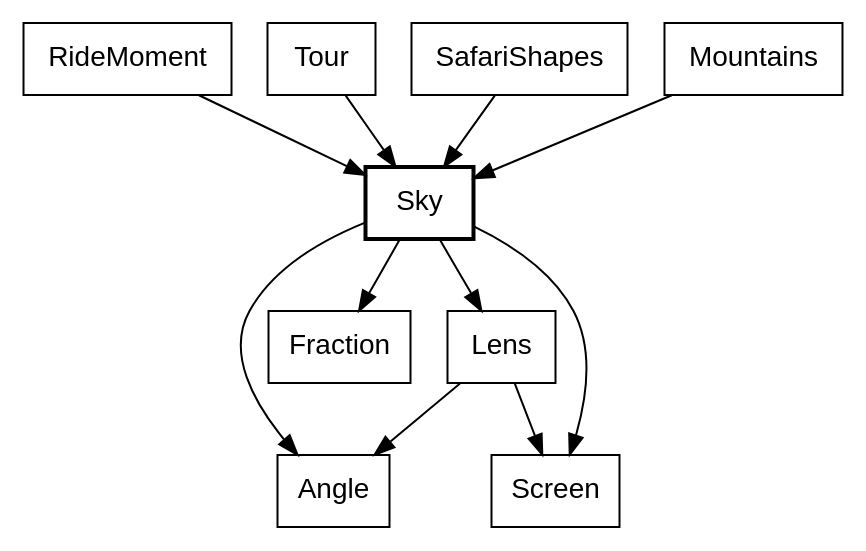
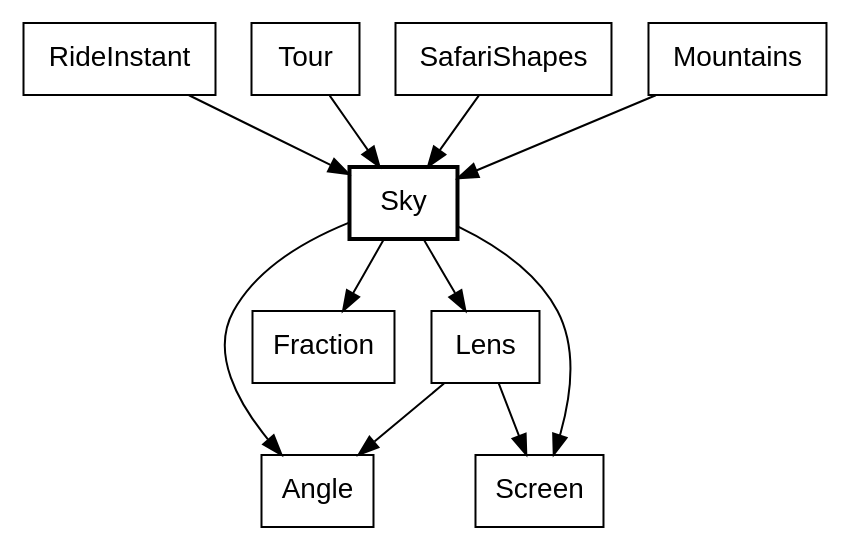
One commit to showell/roc-apps changed the fourth of 7 diagrams in canvas_apps/safari/tutorial/tutorial.md. Above: the diagram before and after it, drawn with Graphviz. The commit also changed other lines of this file, not shown here.

Commit message:
safari tutorial: the names follow RideInstant

````diff
--- a/canvas_apps/safari/tutorial/tutorial.md
+++ b/canvas_apps/safari/tutorial/tutorial.md
@@ -171,16 +171,16 @@
 ```dot
 digraph sky {
   node [shape=box, fontname="Helvetica"];
   Sky [style=bold];
-  RideMoment -> Sky;
+  RideInstant -> Sky;
   Tour -> Sky;
   SafariShapes -> Sky;
   Mountains -> Sky;
   Sky -> Angle;
   Sky -> Fraction;
   Sky -> Lens;
   Sky -> Screen;
   Lens -> Angle;
   Lens -> Screen;
 }
 ```
````
